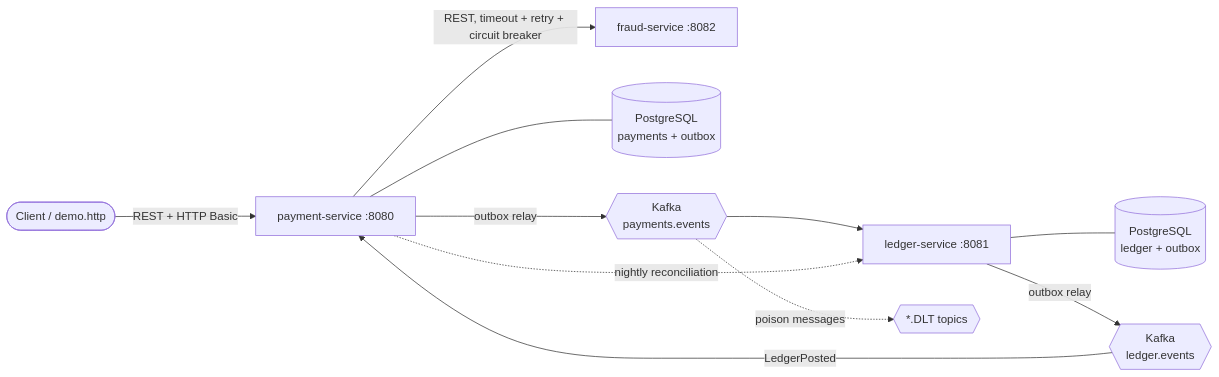
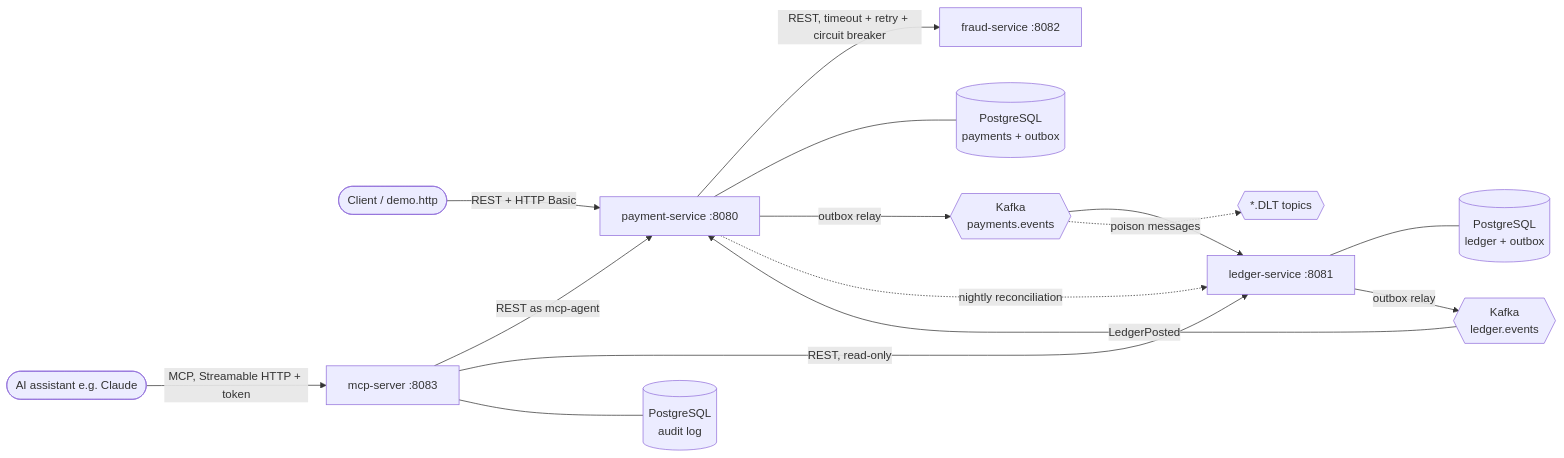
Before and after one commit to Vidhidesai12/payflow: the diagram in README.md, drawn with Mermaid. The commit also changed other lines of this file and 30 other files, not shown here.

First line of the commit message:
Add mcp-server: safe, audited MCP access to PayFlow for AI assistants

````diff
--- a/README.md
+++ b/README.md
@@ -29,13 +29,17 @@
 ```mermaid
 flowchart LR
     client([Client / demo.http]) -->|REST + HTTP Basic| PS[payment-service :8080]
+    ai([AI assistant e.g. Claude]) -->|MCP, Streamable HTTP + token| MCP[mcp-server :8083]
+    MCP -->|REST as mcp-agent| PS
+    MCP -->|REST, read-only| LS
+    MCP --- ADB[(PostgreSQL<br/>audit log)]
     PS -->|REST, timeout + retry + circuit breaker| FS[fraud-service :8082]
     PS --- PDB[(PostgreSQL<br/>payments + outbox)]
     PS -->|outbox relay| K{{Kafka<br/>payments.events}}
     K --> LS[ledger-service :8081]
     LS --- LDB[(PostgreSQL<br/>ledger + outbox)]
     LS -->|outbox relay| K2{{Kafka<br/>ledger.events}}
     K2 -->|LedgerPosted| PS
     PS -.->|nightly reconciliation| LS
     K -.->|poison messages| DLT{{*.DLT topics}}
 ```
````
